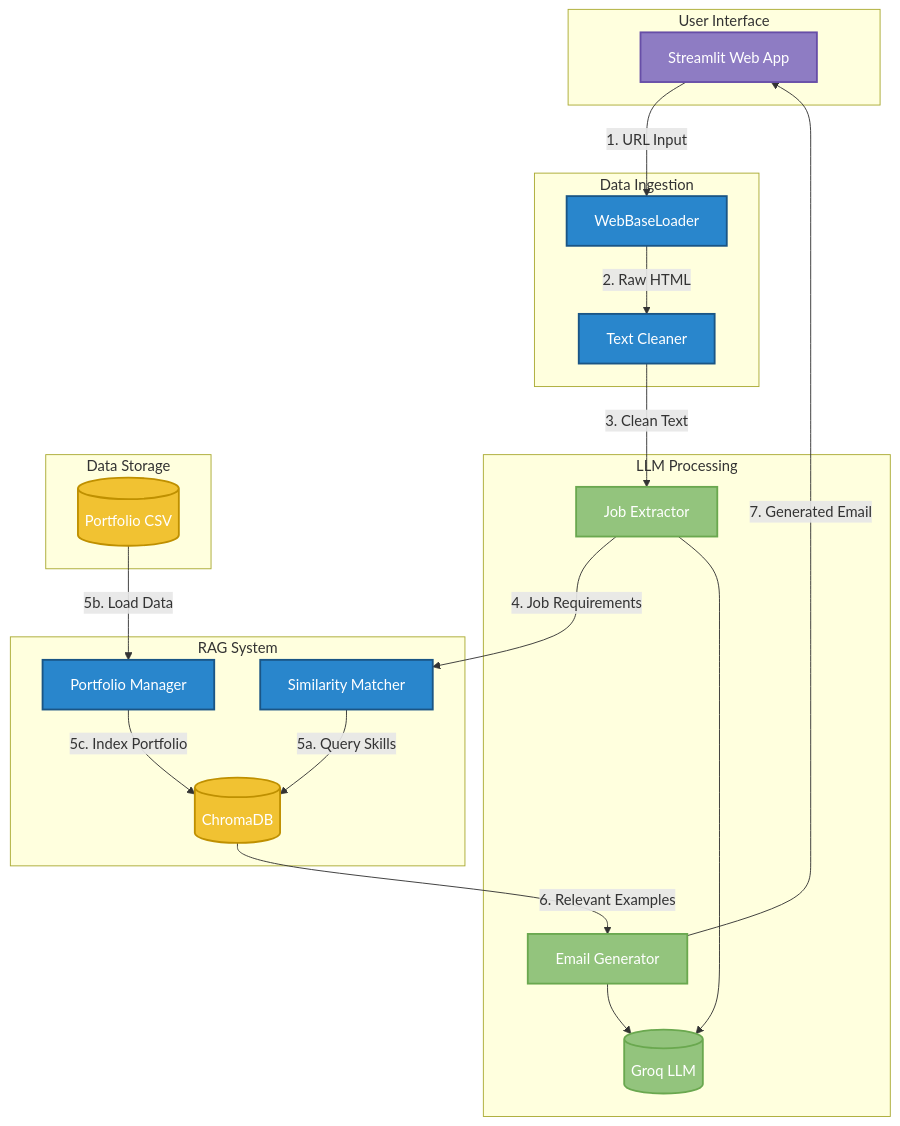
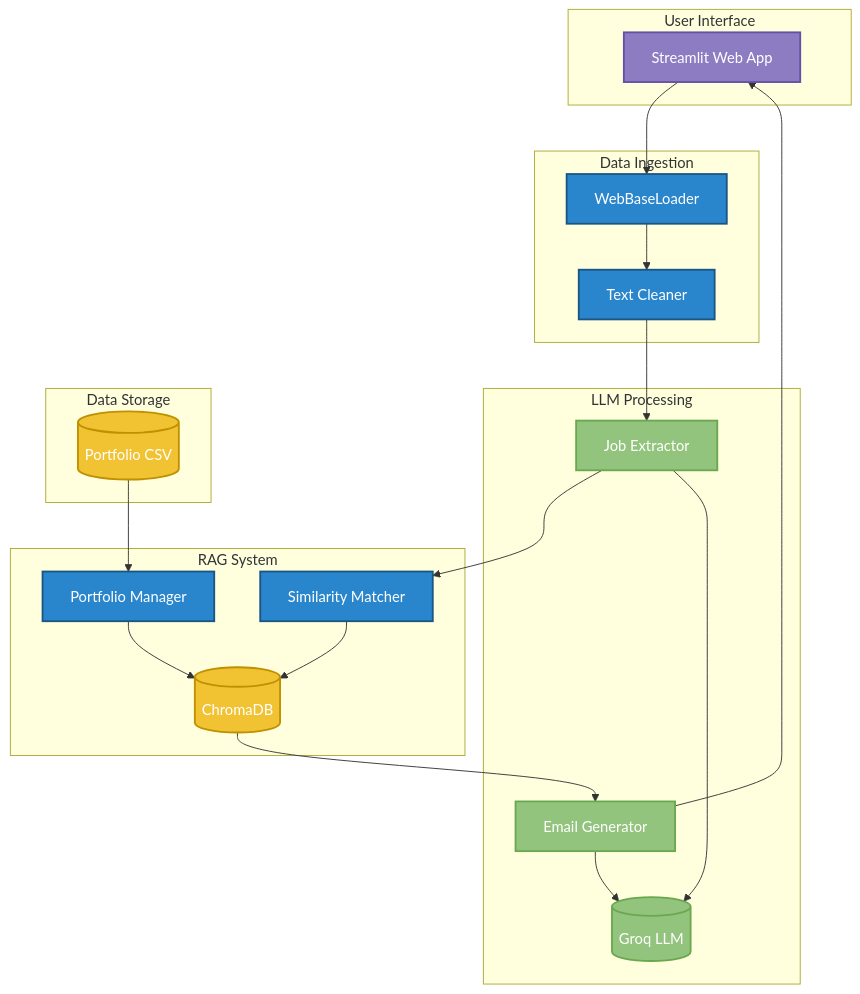
One commit to abdellatif-belmady/Cold-Mail-Generator changed the diagram in README.md. Above: the diagram before and after it, drawn with Mermaid.

````diff
--- a/README.md
+++ b/README.md
@@ -27,52 +27,50 @@
 ```mermaid
 flowchart TB
     subgraph User["User Interface"]
         UI[Streamlit Web App]
     end
 
     subgraph DataIngestion["Data Ingestion"]
         WL[WebBaseLoader]
         TC[Text Cleaner]
     end
 
     subgraph LLMProcessing["LLM Processing"]
         JE[Job Extractor]
         EG[Email Generator]
         GROQ[(Groq LLM)]
     end
 
     subgraph RAGSystem["RAG System"]
         VDB[(ChromaDB)]
         PM[Portfolio Manager]
         SM[Similarity Matcher]
     end
 
     subgraph DataStorage["Data Storage"]
         CSV[(Portfolio CSV)]
     end
 
-    %% Flow definitions
-    UI -->|1. URL Input| WL
-    WL -->|2. Raw HTML| TC
-    TC -->|3. Clean Text| JE
-    JE -->|4. Job Requirements| SM
-    SM -->|5a. Query Skills| VDB
-    CSV -->|5b. Load Data| PM
-    PM -->|5c. Index Portfolio| VDB
-    VDB -->|6. Relevant Examples| EG
+    UI --> WL
+    WL --> TC
+    TC --> JE
+    JE --> SM
+    SM --> VDB
+    CSV --> PM
+    PM --> VDB
+    VDB --> EG
     JE --> GROQ
     EG --> GROQ
-    EG -->|7. Generated Email| UI
+    EG --> UI
 
-    %% Styling
     classDef primary fill:#2986cc,stroke:#1a5585,stroke-width:2px,color:white
     classDef secondary fill:#93c47d,stroke:#6aa84f,stroke-width:2px,color:white
     classDef storage fill:#f1c232,stroke:#bf9000,stroke-width:2px,color:white
     classDef interface fill:#8e7cc3,stroke:#674ea7,stroke-width:2px,color:white
 
     class UI interface
     class WL,TC primary
     class JE,EG,GROQ secondary
     class VDB,CSV storage
     class PM,SM primary
 ```
````
